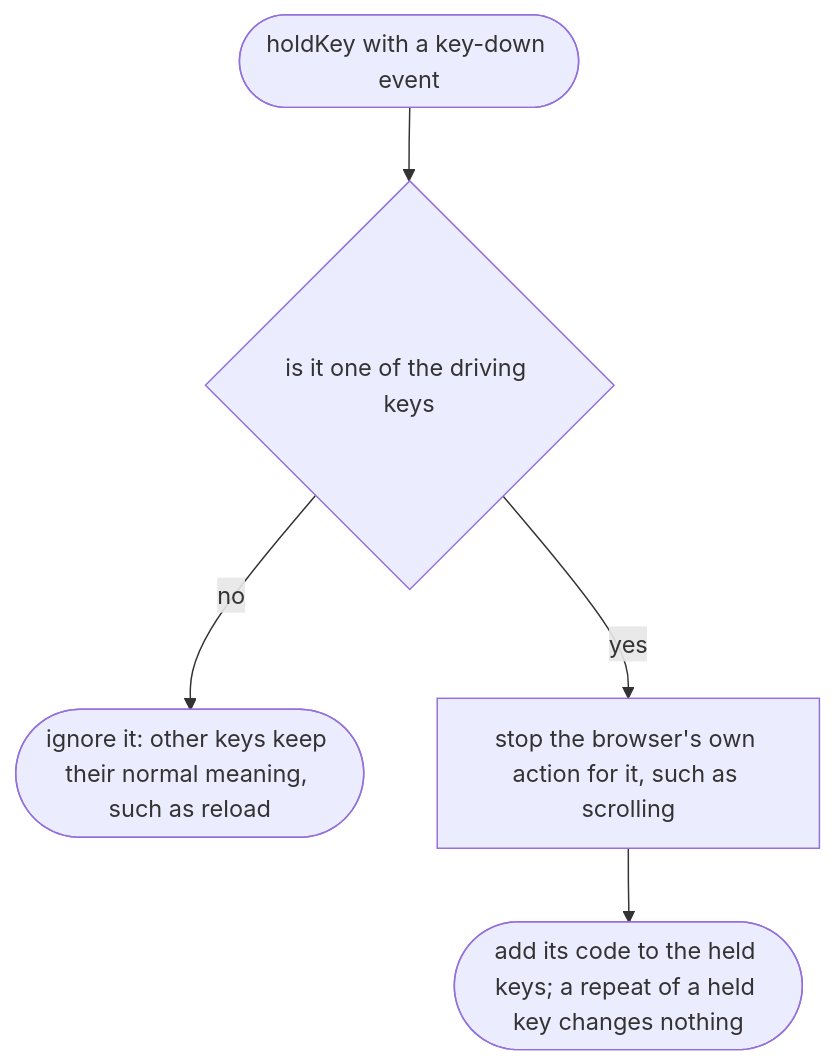
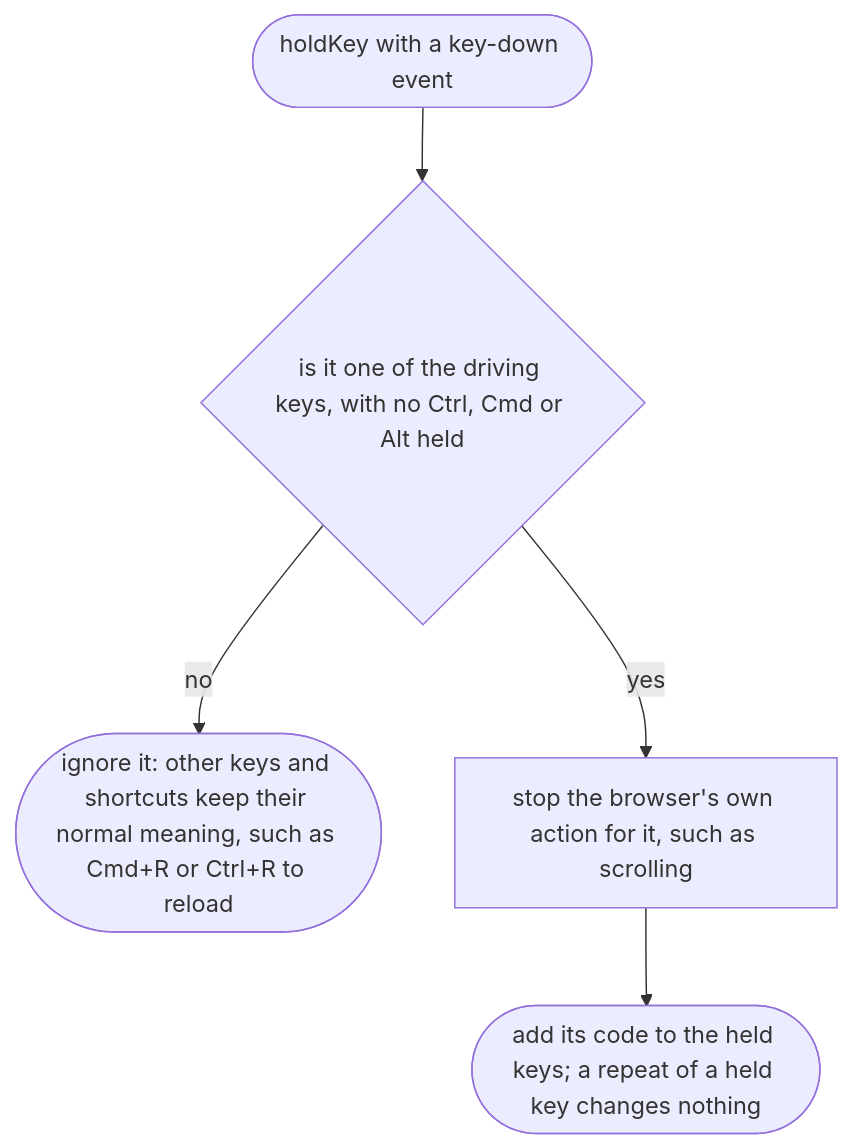
Before and after one commit to NewDara-Star/world-engine: the third of 5 diagrams in docs/designs/src/controls/keyboard.md, drawn with Mermaid. The commit also changed other lines of this file and 41 other files, not shown here.

````diff
--- a/docs/designs/src/controls/keyboard.md
+++ b/docs/designs/src/controls/keyboard.md
@@ -42,11 +42,11 @@
 ```mermaid
 flowchart TD
   s(["holdKey with a key-down event"])
-  a{"is it one of the driving keys"}
-  b(["ignore it: other keys keep their normal meaning, such as reload"])
+  a{"is it one of the driving keys, with no Ctrl, Cmd or Alt held"}
+  b(["ignore it: other keys and shortcuts keep their normal meaning, such as Cmd+R or Ctrl+R to reload"])
   c["stop the browser's own action for it, such as scrolling"]
   d(["add its code to the held keys; a repeat of a held key changes nothing"])
   s --> a
   a -->|"no"| b
   a -->|"yes"| c --> d
 ```
````
